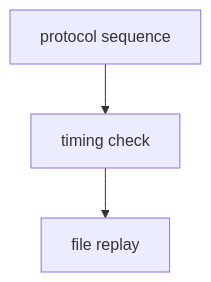
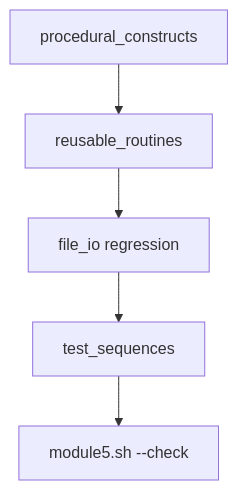
The diagram in media/module5/assets/diagrams/testing_methods.mmd (universal-verification-methodology/learn_verilator_iverilog), drawn with Mermaid before and after one commit. The commit also changed 1112 other files, not shown here.

```diff
--- a/media/module5/assets/diagrams/testing_methods.mmd
+++ b/media/module5/assets/diagrams/testing_methods.mmd
@@ -1,3 +1,5 @@
 flowchart TD
-  A[protocol sequence] --> B[timing check]
-  B --> C[file replay]
+  PROC[procedural_constructs] --> REUSE[reusable_routines]
+  REUSE --> FIO[file_io regression]
+  FIO --> TSEQ[test_sequences]
+  TSEQ --> REG[module5.sh --check]
```
